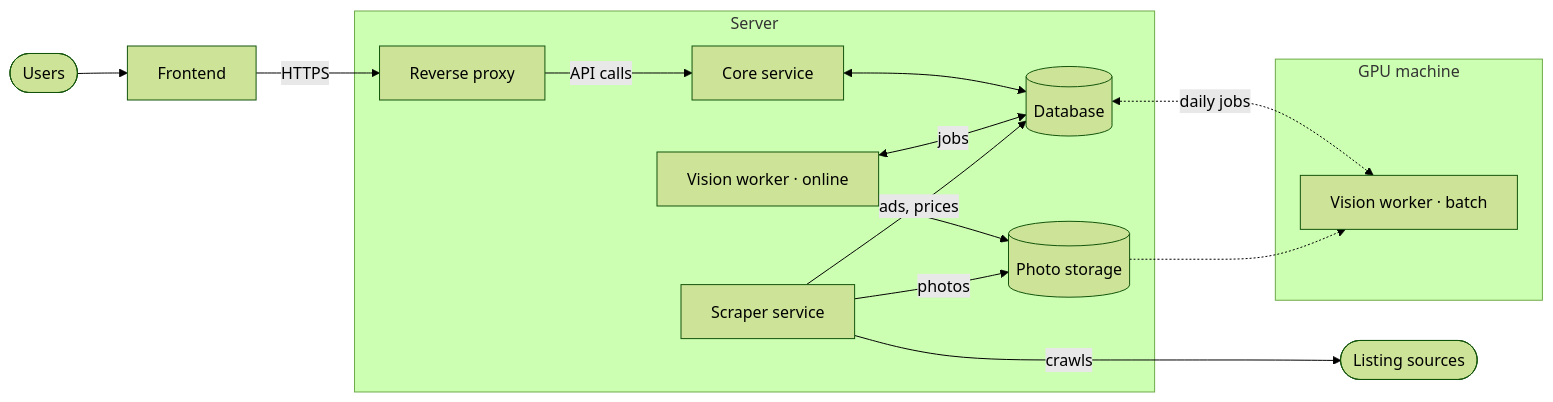
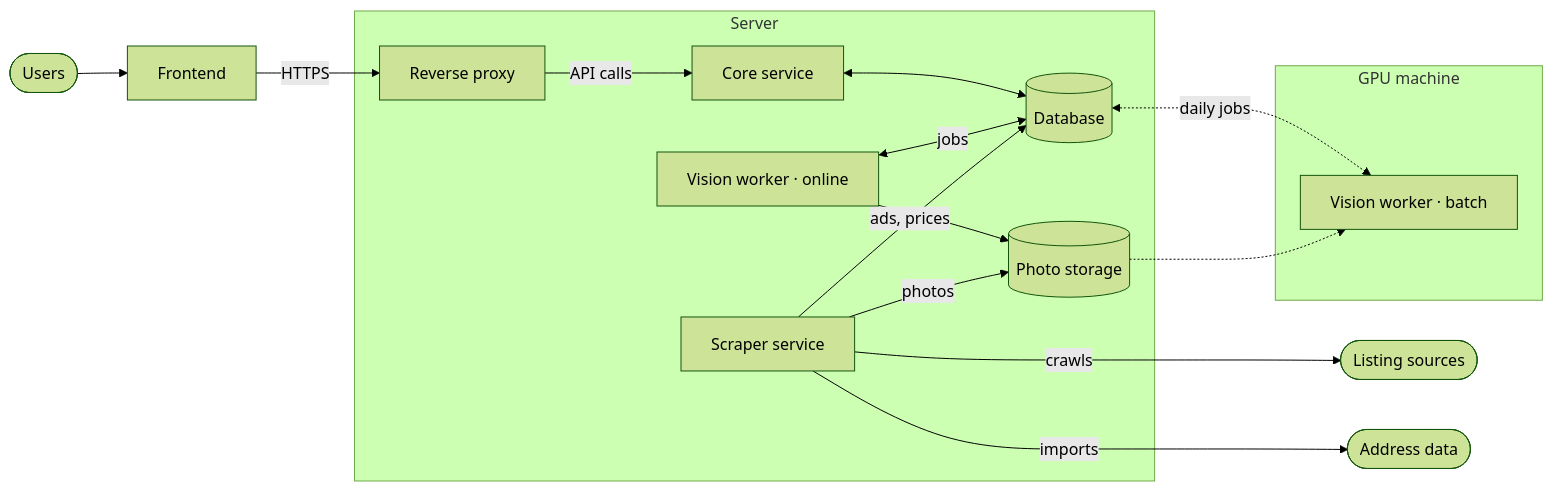
One commit to mcittkmims/apartment-lens changed the diagram in README.md. Above: the diagram before and after it, drawn with Mermaid (forest theme). The commit also changed other lines of this file, not shown here.

Commit message:
Show the address data in the diagram instead of a geocoder; point the scraper at the cleanup

````diff
--- a/README.md
+++ b/README.md
@@ -20,32 +20,34 @@
 ```mermaid
 flowchart LR
     users([Users])
     frontend["Frontend"]
 
     subgraph server["Server"]
         proxy["Reverse proxy"]
         core["Core service"]
         vonline["Vision worker · online"]
         scraper["Scraper service"]
         db[("Database")]
         store[("Photo storage")]
     end
 
     subgraph gpu["GPU machine"]
         vbatch["Vision worker · batch"]
     end
 
     sources([Listing sources])
+    addresses([Address data])
 
     users --> frontend
     frontend -->|HTTPS| proxy
     proxy -->|API calls| core
     core <--> db
     vonline <-->|jobs| db
     vonline --> store
     scraper -->|ads, prices| db
     scraper -->|photos| store
     scraper --->|crawls| sources
+    scraper --->|imports| addresses
     db <-.->|daily jobs| vbatch
     store -.-> vbatch
 ```
````
